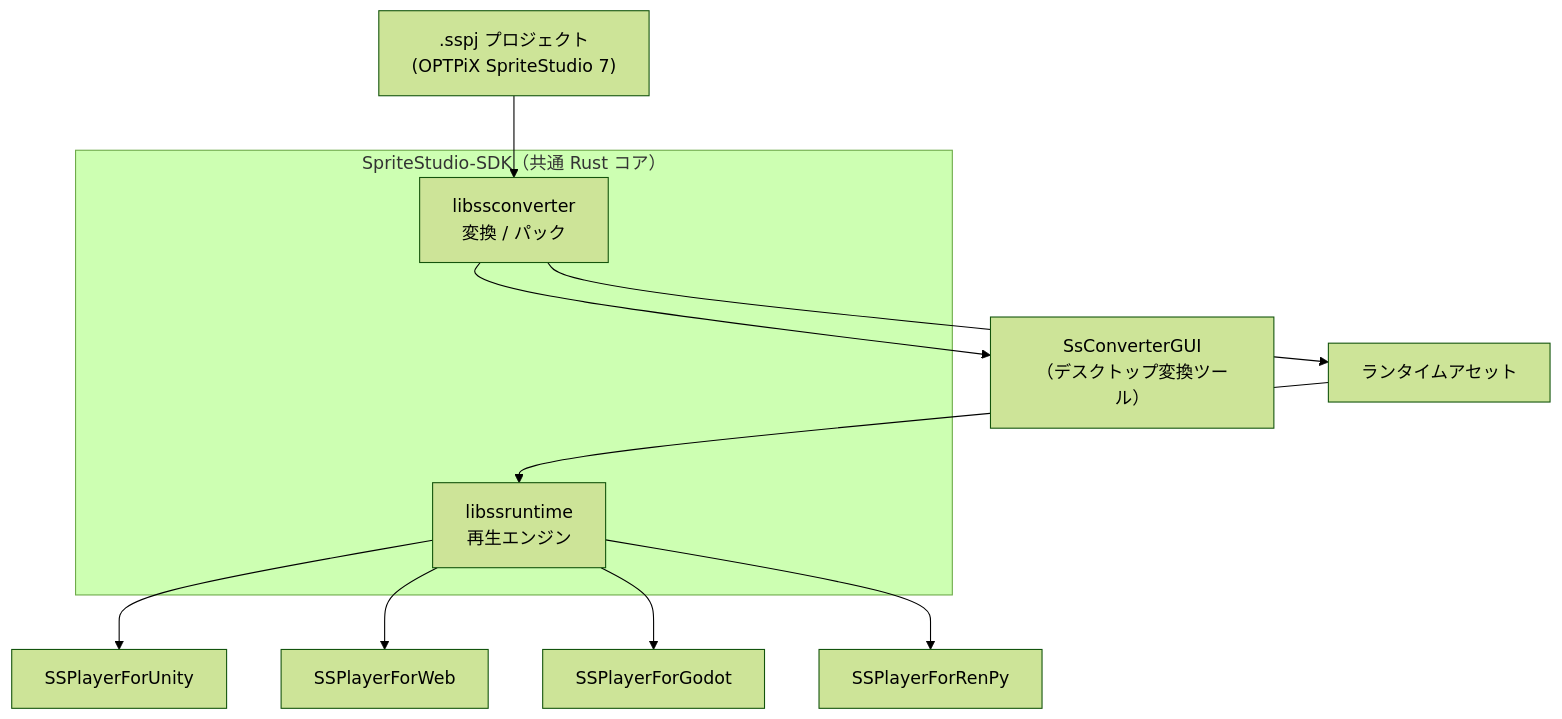
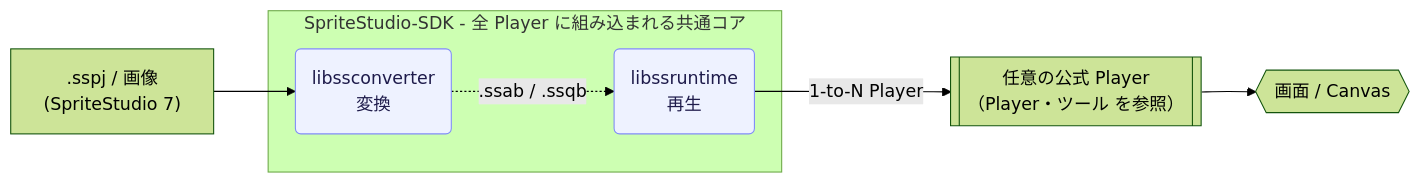
One commit to cri-middleware/SpriteStudio-Docs changed the diagram in docs/ja/overview/ecosystem.md. Above: the diagram before and after it, drawn with Mermaid (forest theme). The commit also changed other lines of this file and 27 other files, not shown here.

````diff
--- a/docs/ja/overview/ecosystem.md
+++ b/docs/ja/overview/ecosystem.md
@@ -7,19 +11,19 @@
 ```mermaid
-flowchart TD
-    SSPJ[".sspj プロジェクト<br/>(OPTPiX SpriteStudio 7)"] --> CONV
+graph LR
+    SS[" .sspj / 画像<br/>(SpriteStudio 7) "]
 
-    subgraph SDK["SpriteStudio-SDK（共通 Rust コア）"]
-        CONV["libssconverter<br/>変換 / パック"]
-        RT["libssruntime<br/>再生エンジン"]
+    subgraph SDK ["SpriteStudio-SDK - 全 Player に組み込まれる共通コア"]
+        CONV(" libssconverter<br/>変換 ")
+        RT(" libssruntime<br/>再生 ")
     end
 
-    CONV --> ASSET["ランタイムアセット"]
-    ASSET --> RT
+    PLAYER[[" 任意の公式 Player<br/>（Player・ツール を参照） "]]
+    SCREEN{{" 画面 / Canvas "}}
 
-    RT --> UNITY["SSPlayerForUnity"]
-    RT --> WEB["SSPlayerForWeb"]
-    RT --> GODOT["SSPlayerForGodot"]
-    RT --> RENPY["SSPlayerForRenPy"]
+    SS --> CONV
+    CONV -. ".ssab / .ssqb" .-> RT
+    RT -- "1-to-N Player" --> PLAYER --> SCREEN
 
-    CONV --> GUI["SsConverterGUI<br/>（デスクトップ変換ツール）"]
+    classDef sdk fill:#eef2ff,stroke:#818cf8,color:#1e1b4b;
+    class CONV,RT sdk;
 ```
````
